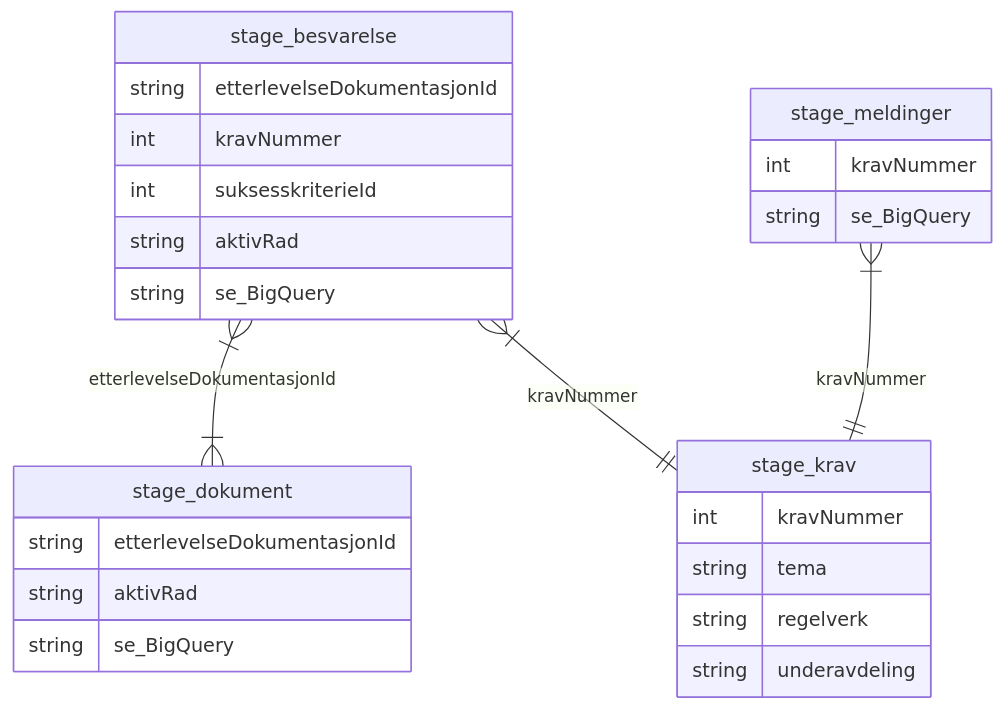
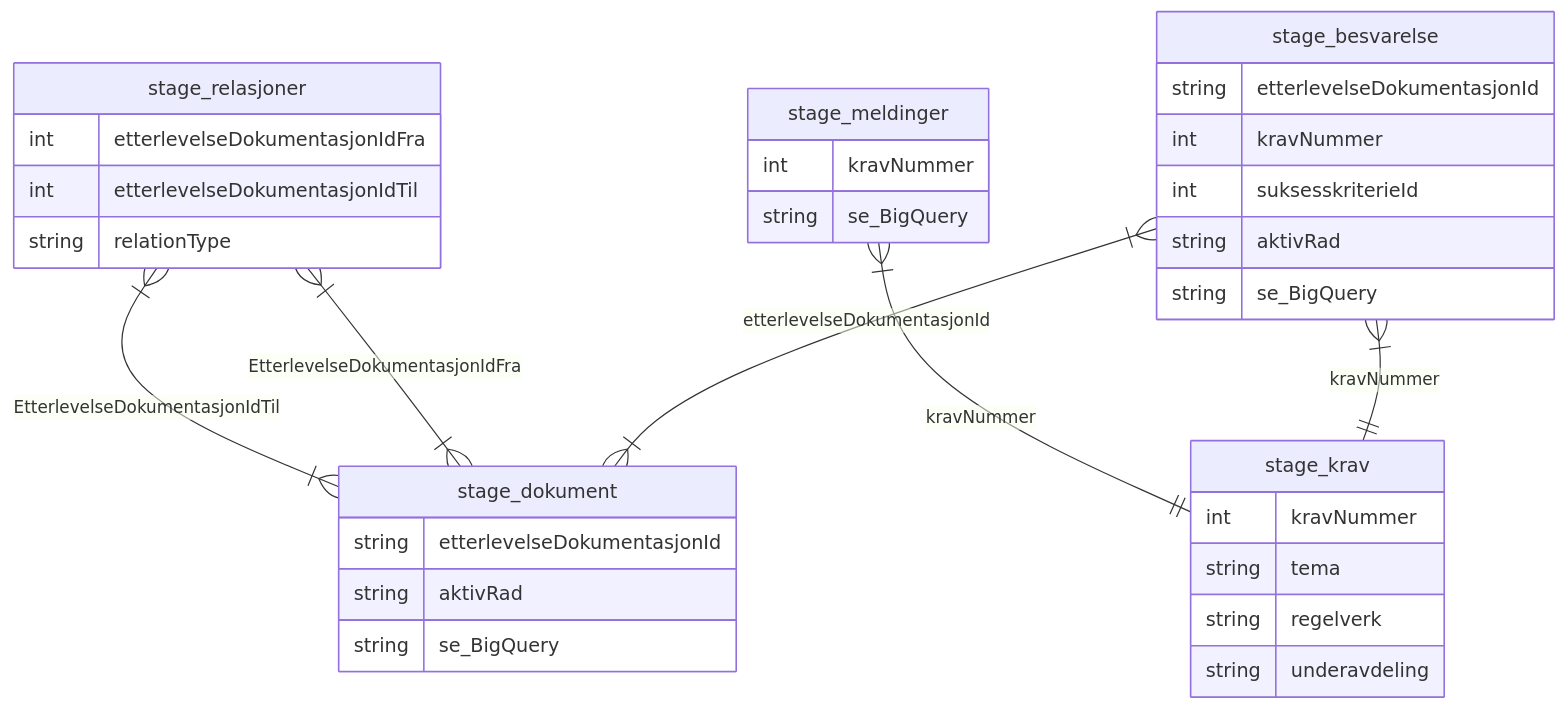
One commit to navikt/metrics-datajegerne changed the diagram in README.md. Above: the diagram before and after it, drawn with Mermaid. The commit also changed 2 other files, not shown here.

Commit message:
La til en ETL for relasjoner mellom etterlevelsedokumenter

````diff
--- a/README.md
+++ b/README.md
@@ -15,30 +15,39 @@
 ```mermaid
 erDiagram
     stage_besvarelse }|--|{ stage_dokument : etterlevelseDokumentasjonId
     stage_besvarelse }|--|| stage_krav : kravNummer
     stage_meldinger }|--|| stage_krav: kravNummer
+    stage_relasjoner }|--|{ stage_dokument: EtterlevelseDokumentasjonIdFra
+    stage_relasjoner }|--|{ stage_dokument: EtterlevelseDokumentasjonIdTil
+    
 
     stage_besvarelse {
         string etterlevelseDokumentasjonId
         int kravNummer
         int suksesskriterieId
         string aktivRad
         string se_BigQuery
     }
     stage_dokument {
         string etterlevelseDokumentasjonId
         string aktivRad
         string se_BigQuery
     }
     stage_krav {
         int kravNummer
         string tema
         string regelverk
         string underavdeling
 
     }    
     stage_meldinger {
         int kravNummer
         string se_BigQuery
     }
+
+    stage_relasjoner {
+        int etterlevelseDokumentasjonIdFra
+        int etterlevelseDokumentasjonIdTil
+        string relationType
+    }
 ```
````
